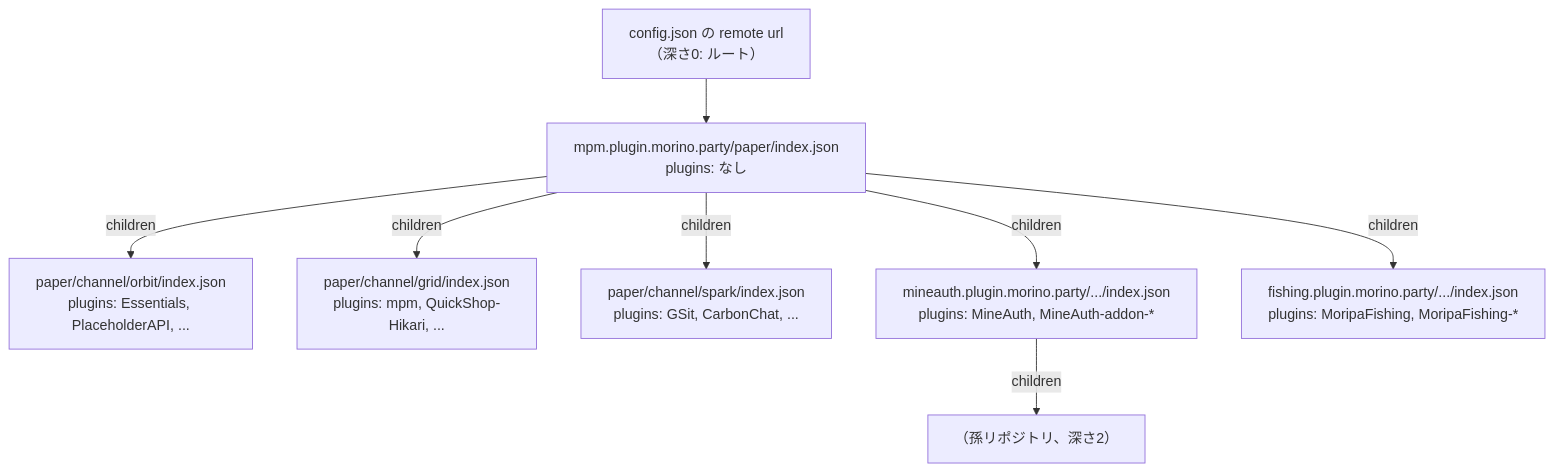
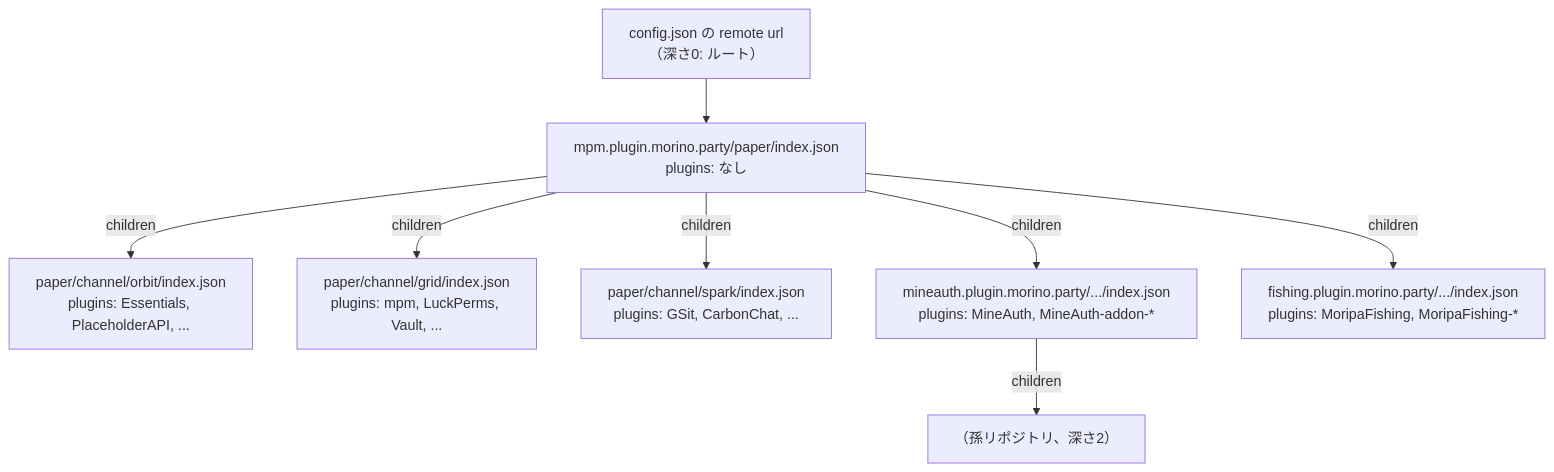
Before and after one commit to morinoparty/mpm: the diagram in docs/content/docs/repository/graph.mdx, drawn with Mermaid.

Commit message:
📝 Update grid example in the repository graph diagram

````diff
--- a/docs/content/docs/repository/graph.mdx
+++ b/docs/content/docs/repository/graph.mdx
@@ -98,10 +98,10 @@
 ```mermaid
 graph TD
     R["config.json の remote url<br/>（深さ0: ルート）"] --> A["mpm.plugin.morino.party/paper/index.json<br/>plugins: なし"]
     A -->|children| O["paper/channel/orbit/index.json<br/>plugins: Essentials, PlaceholderAPI, ..."]
-    A -->|children| G["paper/channel/grid/index.json<br/>plugins: mpm, QuickShop-Hikari, ..."]
+    A -->|children| G["paper/channel/grid/index.json<br/>plugins: mpm, LuckPerms, Vault, ..."]
     A -->|children| S["paper/channel/spark/index.json<br/>plugins: GSit, CarbonChat, ..."]
     A -->|children| B["mineauth.plugin.morino.party/.../index.json<br/>plugins: MineAuth, MineAuth-addon-*"]
     A -->|children| F["fishing.plugin.morino.party/.../index.json<br/>plugins: MoripaFishing, MoripaFishing-*"]
     B -->|children| C["（孫リポジトリ、深さ2）"]
 ```
````
